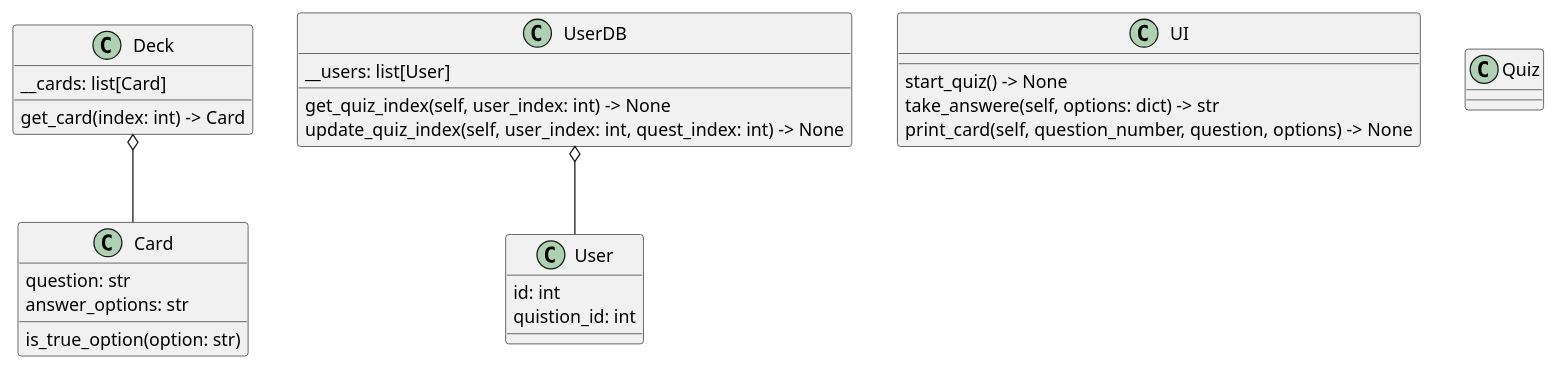
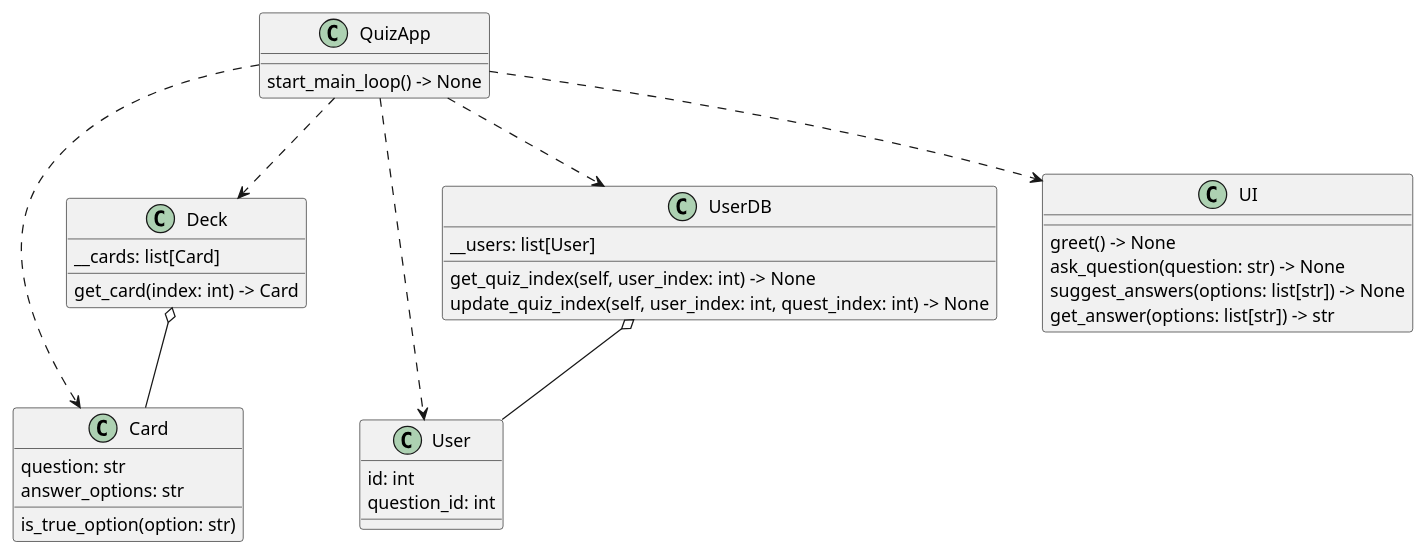
The diagram in SchemeUML.md (ScionOfHeavens/FOUNDER_TASKS), drawn with PlantUML before and after one commit. The commit also changed 1 other file, not shown here.

Commit message:
Remade UI and QuizApp, some fixes Card, User

```diff
--- a/SchemeUML.md
+++ b/SchemeUML.md
@@ -1,37 +1,43 @@
 @startuml
 class Card{
     question: str
     answer_options: str
     is_true_option(option: str)
 }
 
 class Deck{
     __cards: list[Card]
     get_card(index: int) -> Card
 }
 
 class User{
     id: int
-    quistion_id: int
+    question_id: int
 }
 
 class UserDB{
     __users: list[User]
     get_quiz_index(self, user_index: int) -> None
     update_quiz_index(self, user_index: int, quest_index: int) -> None
 }
 
 class UI{
-    start_quiz() -> None
-    take_answere(self, options: dict) -> str
-    print_card(self, question_number, question, options) -> None
+    greet() -> None
+    ask_question(question: str) -> None
+    suggest_answers(options: list[str]) -> None
+    get_answer(options: list[str]) -> str
 }
 
-class Quiz{
-    
+class QuizApp{
+    start_main_loop() -> None
 }
 
 Deck o-- Card
 UserDB o-- User
 
+QuizApp ..> Deck
+QuizApp ..> UserDB
+QuizApp ..> UI
+QuizApp ..> Card
+QuizApp ..> User
 @enduml
```
